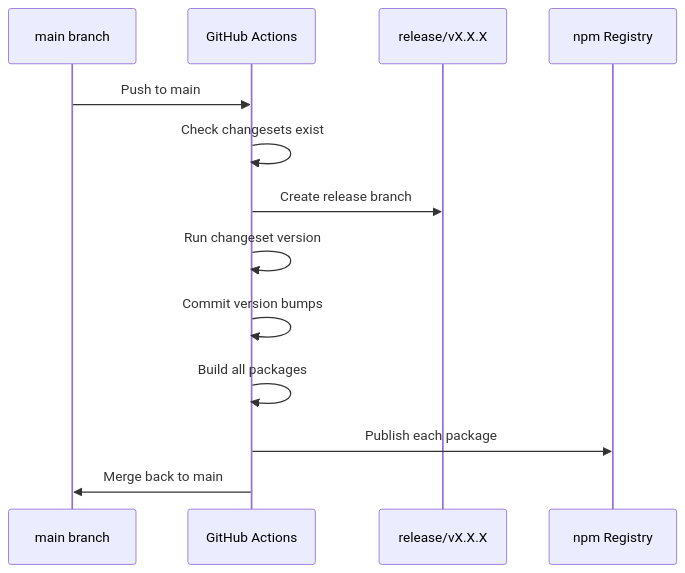
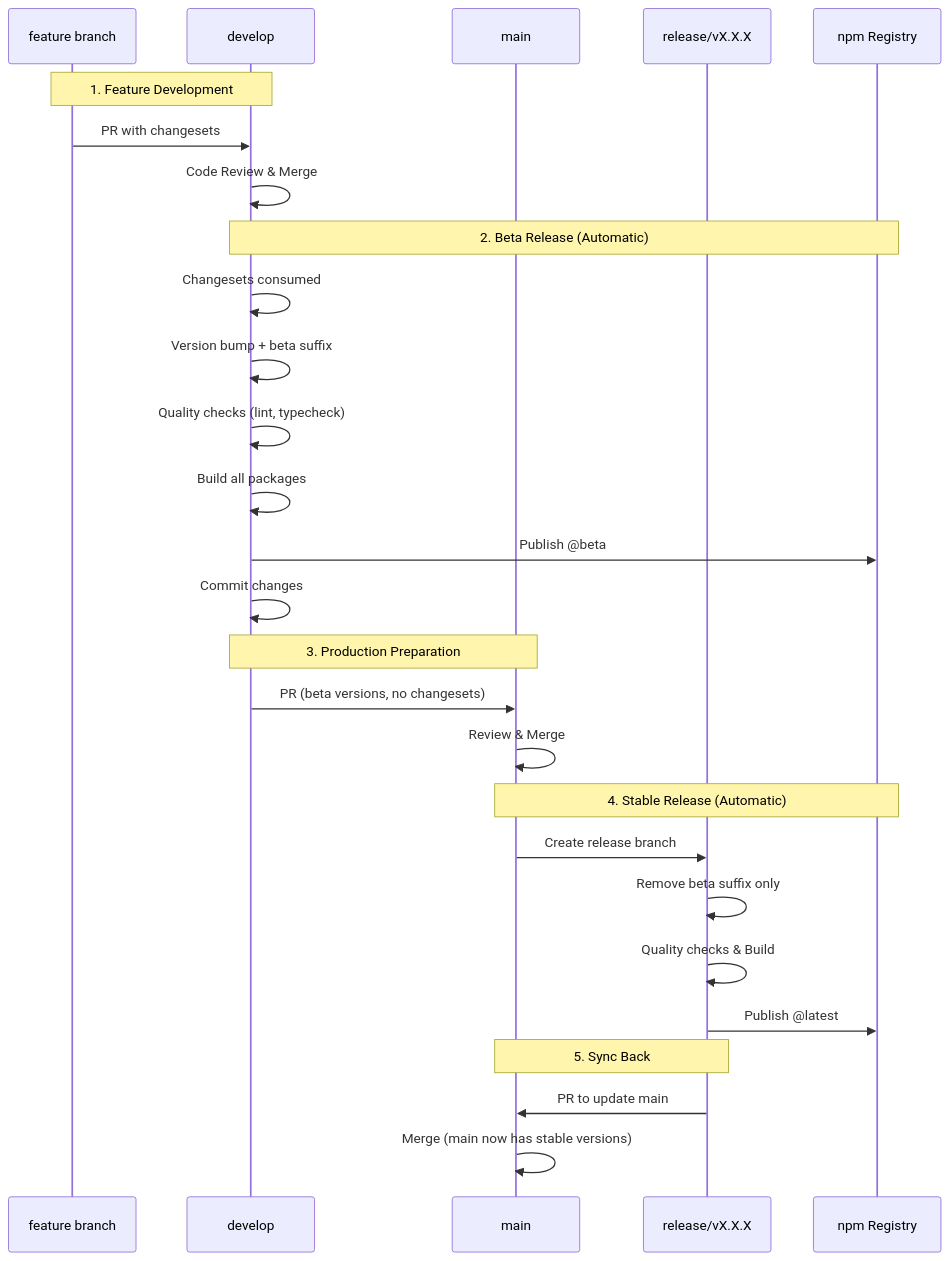
Before and after one commit to vue-pivottable/vue3-pivottable: the first of 2 diagrams in RELEASE_STRATEGY.md, drawn with Mermaid. The commit also changed other lines of this file and 6 other files, not shown here.

First line of the commit message:
feat: finalize release strategy with quality improvements

````diff
--- a/RELEASE_STRATEGY.md
+++ b/RELEASE_STRATEGY.md
@@ -89,16 +9,34 @@
 ```mermaid
 sequenceDiagram
-    participant Main as main branch
-    participant GA as GitHub Actions
-    participant Rel as release/vX.X.X
+    participant F as feature branch
+    participant D as develop
+    participant M as main
+    participant R as release/vX.X.X
     participant NPM as npm Registry
     
-    Main->>GA: Push to main
-    GA->>GA: Check changesets exist
-    GA->>Rel: Create release branch
-    GA->>GA: Run changeset version
-    GA->>GA: Commit version bumps
-    GA->>GA: Build all packages
-    GA->>NPM: Publish each package
-    GA->>Main: Merge back to main
+    Note over F,D: 1. Feature Development
+    F->>D: PR with changesets
+    D->>D: Code Review & Merge
+    
+    Note over D,NPM: 2. Beta Release (Automatic)
+    D->>D: Changesets consumed
+    D->>D: Version bump + beta suffix
+    D->>D: Quality checks (lint, typecheck)
+    D->>D: Build all packages
+    D->>NPM: Publish @beta
+    D->>D: Commit changes
+    
+    Note over D,M: 3. Production Preparation
+    D->>M: PR (beta versions, no changesets)
+    M->>M: Review & Merge
+    
+    Note over M,NPM: 4. Stable Release (Automatic)
+    M->>R: Create release branch
+    R->>R: Remove beta suffix only
+    R->>R: Quality checks & Build
+    R->>NPM: Publish @latest
+    
+    Note over R,M: 5. Sync Back
+    R->>M: PR to update main
+    M->>M: Merge (main now has stable versions)
 ```
````
